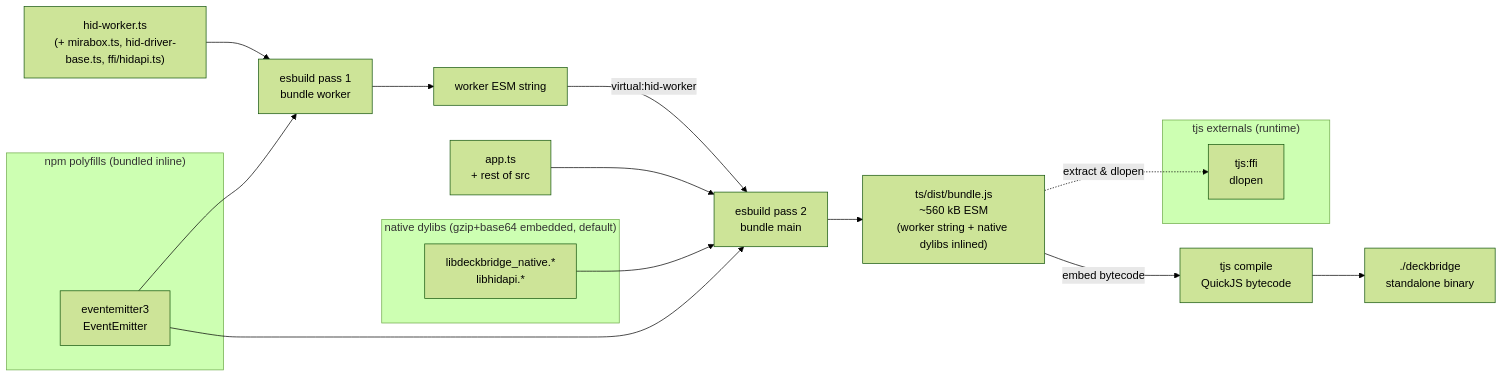
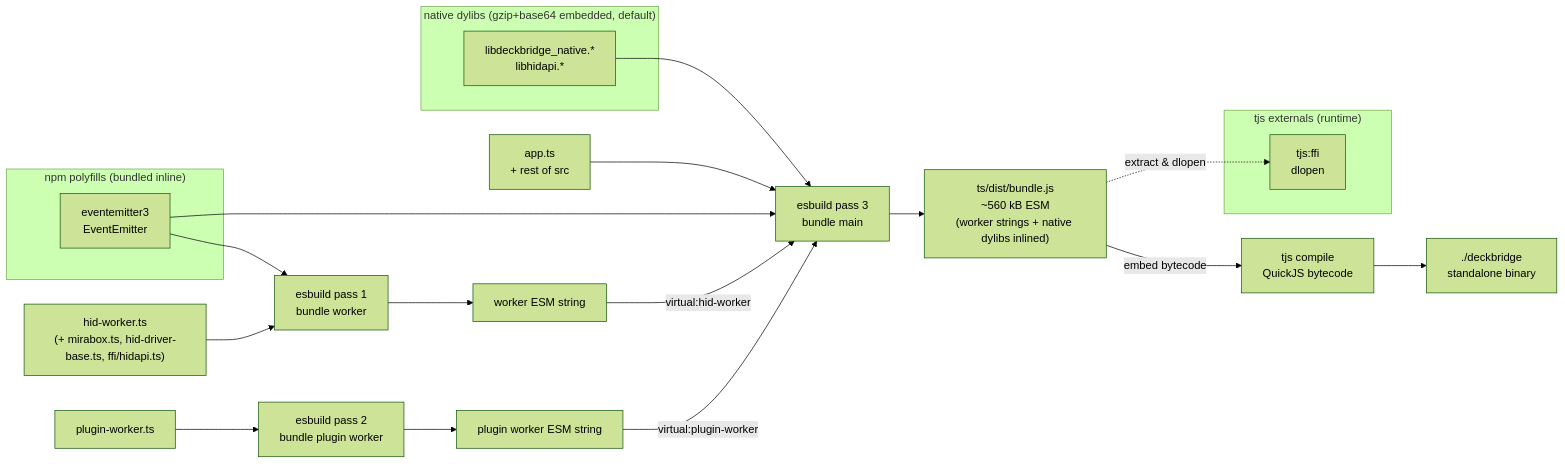
The second of 4 diagrams in docs/ARCHITECTURE.md (lukasMega/DeckBridge), drawn with Mermaid (forest theme) before and after one commit. The commit also changed other lines of this file and 4 other files, not shown here.

First line of the commit message:
docs: rewrite ARCHITECTURE.md for multi-device/plugins, run docs tests before build

````diff
--- a/docs/ARCHITECTURE.md
+++ b/docs/ARCHITECTURE.md
@@ -290,33 +434,38 @@
 ```mermaid
 
 flowchart LR
     WTS["hid-worker.ts<br/>(+ mirabox.ts, hid-driver-base.ts, ffi/hidapi.ts)"]
+    PWTS["plugin-worker.ts"]
     TS["app.ts<br/>+ rest of src"]
     EB1["esbuild pass 1<br/>bundle worker"]
+    EBP["esbuild pass 2<br/>bundle plugin worker"]
     WSTR["worker ESM string"]
-    EB2["esbuild pass 2<br/>bundle main"]
-    BUNDLE["ts/dist/bundle.js<br/>~560 kB ESM<br/>(worker string + native dylibs inlined)"]
+    PWSTR["plugin worker ESM string"]
+    EB2["esbuild pass 3<br/>bundle main"]
+    BUNDLE["ts/dist/bundle.js<br/>~560 kB ESM<br/>(worker strings + native dylibs inlined)"]
     TJSC["tjs compile<br/>QuickJS bytecode"]
     BIN["./deckbridge<br/>standalone binary"]
 
     WTS --> EB1 --> WSTR
+    PWTS --> EBP --> PWSTR
     WSTR -->|"virtual:hid-worker"| EB2
+    PWSTR -->|"virtual:plugin-worker"| EB2
     TS --> EB2 --> BUNDLE
     BUNDLE -->|"embed bytecode"| TJSC --> BIN
 
     subgraph "native dylibs (gzip+base64 embedded, default)"
         IMG_DL["libdeckbridge_native.*<br/>libhidapi.*"]
     end
     IMG_DL --> EB2
 
     subgraph "npm polyfills (bundled inline)"
         EE["eventemitter3<br/>EventEmitter"]
     end
     EE --> EB1
     EE --> EB2
 
     subgraph "tjs externals (runtime)"
         FFI["tjs:ffi<br/>dlopen"]
     end
     BUNDLE -.->|"extract & dlopen"| FFI
 ```
````
